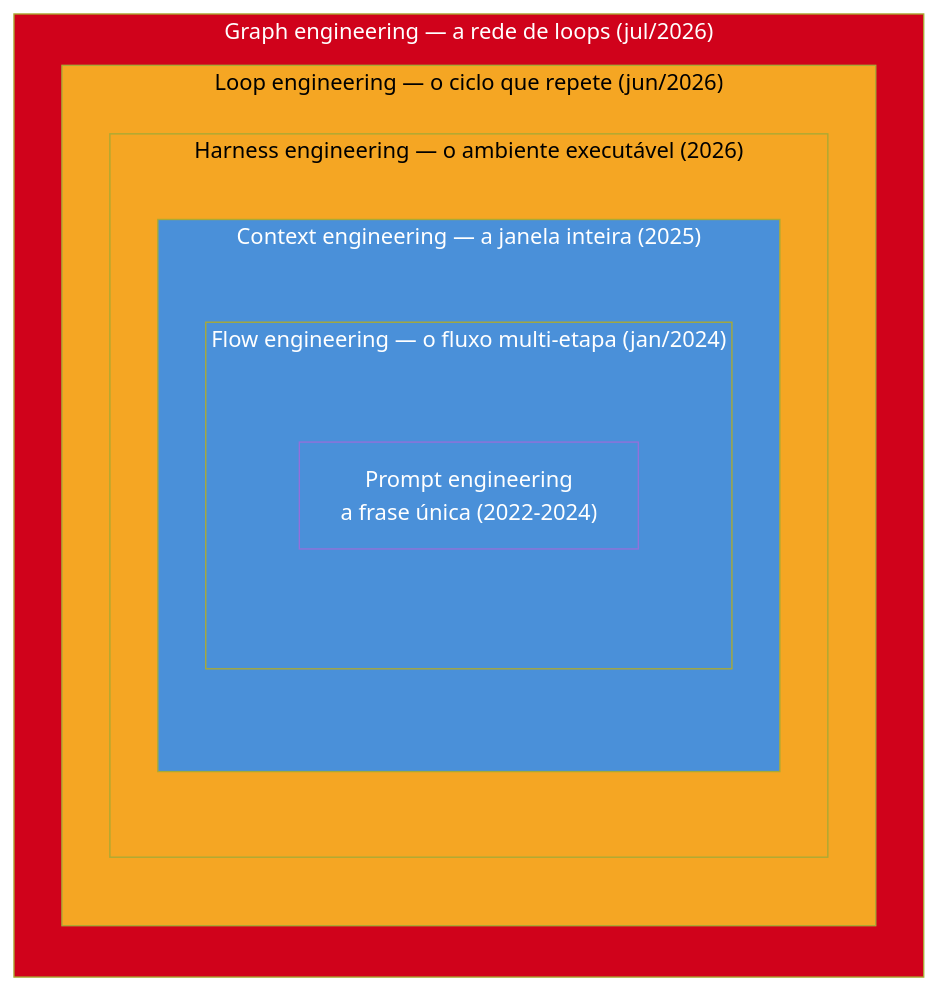
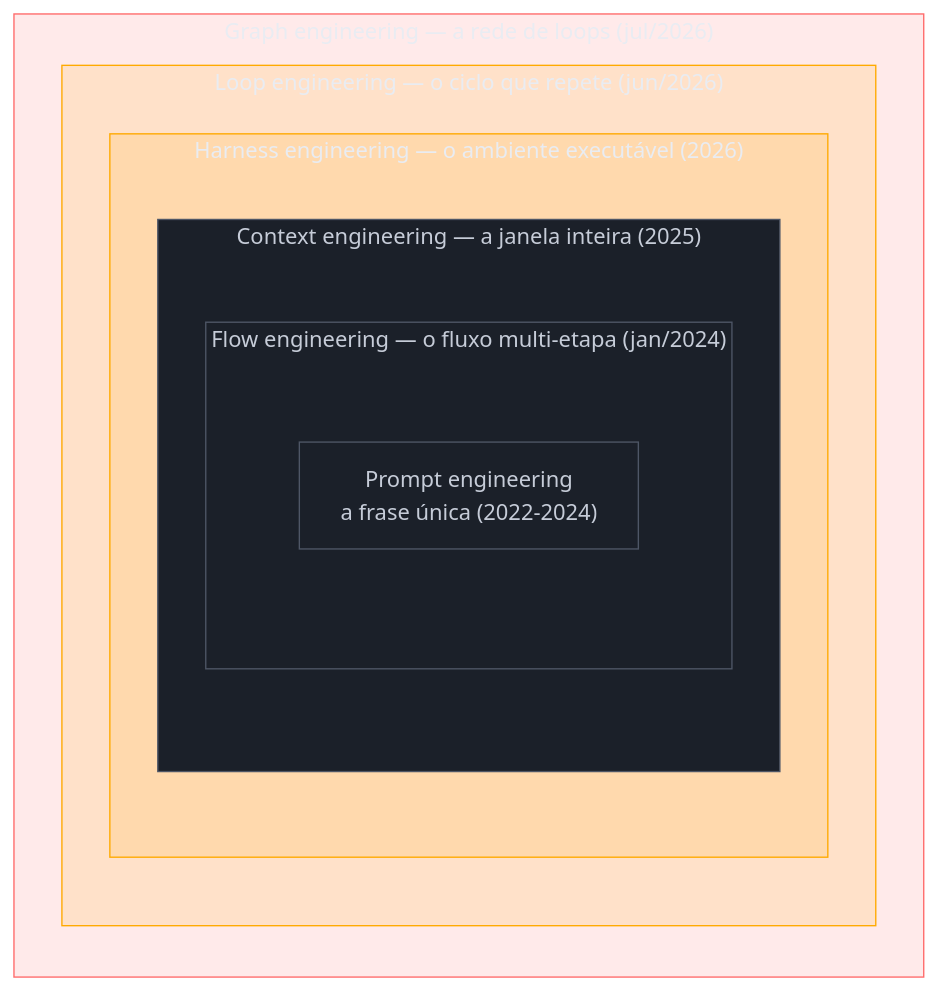
One commit to josenaldo/codex-technomanticus changed the diagram in 03-Dominios/Tecnologia/IA/Evolução da Engenharia de IA/01 - A escada de abstração — qual é a unidade de design.md. Above: the diagram before and after it, drawn with Mermaid. The commit also changed 1181 other files, not shown here.

First line of the commit message:
fix(diagramas): paleta do sistema no lugar de cor cravada no markdown

````diff
--- a/03-Dominios/Tecnologia/IA/Evolução da Engenharia de IA/01 - A escada de abstração — qual é a unidade de design.md
+++ b/03-Dominios/Tecnologia/IA/Evolução da Engenharia de IA/01 - A escada de abstração — qual é a unidade de design.md
@@ -139,26 +139,29 @@
 ```mermaid
 flowchart TB
+    classDef neutro fill:#1B2029,stroke:#4E5666,color:#C6CCD8
+    classDef destaque fill:#FFAA0024,stroke:#FFAA00,color:#E9ECF2
+    classDef falha fill:#FF6B6B24,stroke:#FF6B6B,color:#E9ECF2
     subgraph G["Graph engineering — a rede de loops (jul/2026)"]
         direction TB
         subgraph L["Loop engineering — o ciclo que repete (jun/2026)"]
             direction TB
             subgraph H["Harness engineering — o ambiente executável (2026)"]
                 direction TB
                 subgraph C["Context engineering — a janela inteira (2025)"]
                     direction TB
                     subgraph F["Flow engineering — o fluxo multi-etapa (jan/2024)"]
                         direction TB
                         P["Prompt engineering<br/>a frase única (2022-2024)"]
                     end
                 end
             end
         end
     end
 
-    style P fill:#4A90D9,color:#fff
-    style F fill:#4A90D9,color:#fff
-    style C fill:#4A90D9,color:#fff
-    style H fill:#F5A623,color:#000
-    style L fill:#F5A623,color:#000
-    style G fill:#D0021B,color:#fff
+    class P neutro
+    class F neutro
+    class C neutro
+    class H destaque
+    class L destaque
+    class G falha
 ```
````
